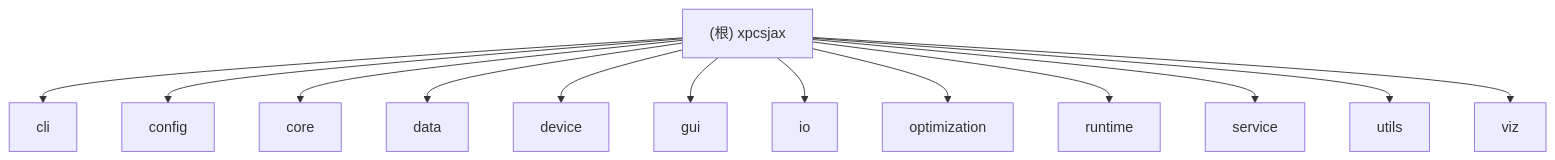
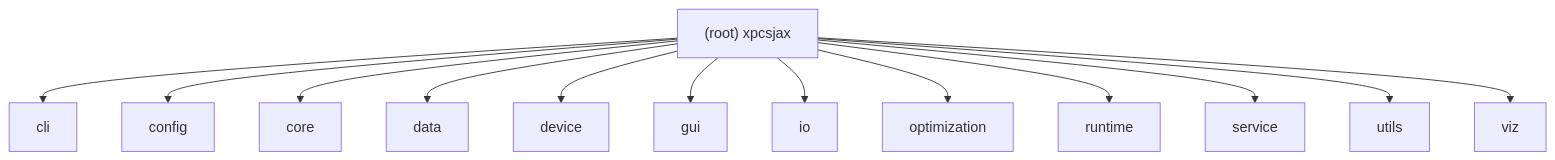
One commit to imewei/xpcsjax changed the diagram in CLAUDE.md. Above: the diagram before and after it, drawn with Mermaid. The commit also changed other lines of this file and 3 other files, not shown here.

````diff
--- a/CLAUDE.md
+++ b/CLAUDE.md
@@ -7,28 +7,28 @@
 ```mermaid
 graph TD
-    A["(根) xpcsjax"] --> CLI["cli"];
+    A["(root) xpcsjax"] --> CLI["cli"];
     A --> CFG["config"];
     A --> CORE["core"];
     A --> DATA["data"];
     A --> DEV["device"];
     A --> GUI["gui"];
     A --> IO["io"];
     A --> OPT["optimization"];
     A --> RT["runtime"];
     A --> SVC["service"];
     A --> UTIL["utils"];
     A --> VIZ["viz"];
 
-    click CLI "./xpcsjax/cli/CLAUDE.md" "CLI 模块文档"
-    click CFG "./xpcsjax/config/CLAUDE.md" "config 模块文档"
-    click CORE "./xpcsjax/core/CLAUDE.md" "core 模块文档"
-    click DATA "./xpcsjax/data/CLAUDE.md" "data 模块文档"
-    click DEV "./xpcsjax/device/CLAUDE.md" "device 模块文档"
-    click GUI "./xpcsjax/gui/CLAUDE.md" "gui 模块文档"
-    click IO "./xpcsjax/io/CLAUDE.md" "io 模块文档"
-    click OPT "./xpcsjax/optimization/CLAUDE.md" "optimization 模块文档"
-    click RT "./xpcsjax/runtime/CLAUDE.md" "runtime 模块文档"
-    click SVC "./xpcsjax/service/CLAUDE.md" "service 模块文档"
-    click UTIL "./xpcsjax/utils/CLAUDE.md" "utils 模块文档"
-    click VIZ "./xpcsjax/viz/CLAUDE.md" "viz 模块文档"
+    click CLI "./xpcsjax/cli/CLAUDE.md" "cli module doc"
+    click CFG "./xpcsjax/config/CLAUDE.md" "config module doc"
+    click CORE "./xpcsjax/core/CLAUDE.md" "core module doc"
+    click DATA "./xpcsjax/data/CLAUDE.md" "data module doc"
+    click DEV "./xpcsjax/device/CLAUDE.md" "device module doc"
+    click GUI "./xpcsjax/gui/CLAUDE.md" "gui module doc"
+    click IO "./xpcsjax/io/CLAUDE.md" "io module doc"
+    click OPT "./xpcsjax/optimization/CLAUDE.md" "optimization module doc"
+    click RT "./xpcsjax/runtime/CLAUDE.md" "runtime module doc"
+    click SVC "./xpcsjax/service/CLAUDE.md" "service module doc"
+    click UTIL "./xpcsjax/utils/CLAUDE.md" "utils module doc"
+    click VIZ "./xpcsjax/viz/CLAUDE.md" "viz module doc"
 ```
````
